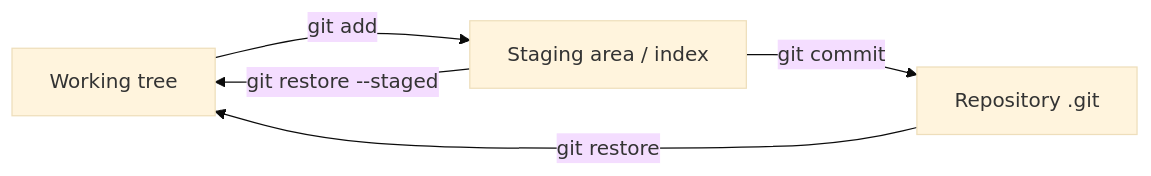
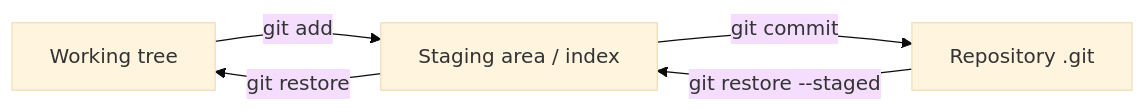
One commit to albertoirurueta/docs changed the diagram in modules/ROOT/pages/git-and-github/repositories-and-cloning.adoc. Above: the diagram before and after it, drawn with Mermaid (base theme). The commit also changed other lines of this file and 11 other files, not shown here.

```diff
--- a/modules/ROOT/pages/git-and-github/repositories-and-cloning.adoc
+++ b/modules/ROOT/pages/git-and-github/repositories-and-cloning.adoc
@@ -45,8 +45,8 @@
 [mermaid]
 ....
 flowchart LR
   WT["Working tree"] -->|git add| SA["Staging area / index"]
   SA -->|git commit| REPO["Repository .git"]
-  SA -->|git restore --staged| WT
-  REPO -->|git restore| WT
+  REPO -->|git restore --staged| SA
+  SA -->|git restore| WT
 ....
```
